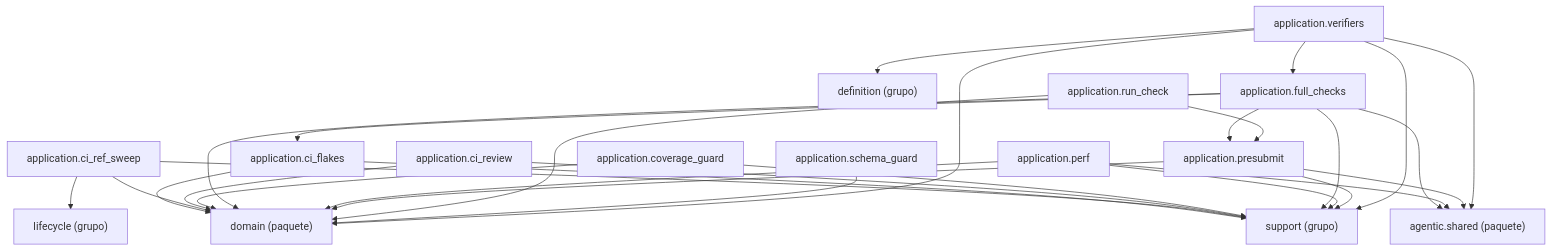
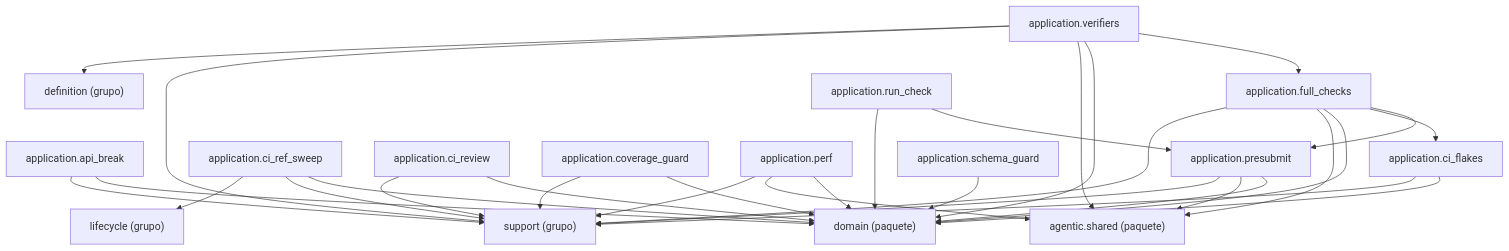
Before and after one commit to GonzaloZevallos/agentic-system: the diagram in docs/architecture/generated/packages-process-application-checks.md, drawn with Mermaid. The commit also changed other lines of this file and 15 other files, not shown here.

Commit message:
Place application.api_break in the checks cluster so the package pages stay within their cap

````diff
--- a/docs/architecture/generated/packages-process-application-checks.md
+++ b/docs/architecture/generated/packages-process-application-checks.md
@@ -17,46 +16,49 @@
 ```mermaid
 graph TD
     g_application__definition["definition (grupo)"]
     g_application__lifecycle["lifecycle (grupo)"]
     g_application__support["support (grupo)"]
     g_pkg__agentic__shared["agentic.shared (paquete)"]
     g_pkg__domain["domain (paquete)"]
+    m_application__api_break["application.api_break"]
     m_application__ci_flakes["application.ci_flakes"]
     m_application__ci_ref_sweep["application.ci_ref_sweep"]
     m_application__ci_review["application.ci_review"]
     m_application__coverage_guard["application.coverage_guard"]
     m_application__full_checks["application.full_checks"]
     m_application__perf["application.perf"]
     m_application__presubmit["application.presubmit"]
     m_application__run_check["application.run_check"]
     m_application__schema_guard["application.schema_guard"]
     m_application__verifiers["application.verifiers"]
+    m_application__api_break --> g_application__support
+    m_application__api_break --> g_pkg__domain
     m_application__ci_flakes --> g_application__support
     m_application__ci_flakes --> g_pkg__domain
     m_application__ci_ref_sweep --> g_application__lifecycle
     m_application__ci_ref_sweep --> g_application__support
     m_application__ci_ref_sweep --> g_pkg__domain
     m_application__ci_review --> g_application__support
     m_application__ci_review --> g_pkg__domain
     m_application__coverage_guard --> g_application__support
     m_application__coverage_guard --> g_pkg__domain
     m_application__full_checks --> g_application__support
     m_application__full_checks --> g_pkg__agentic__shared
     m_application__full_checks --> g_pkg__domain
     m_application__full_checks --> m_application__ci_flakes
     m_application__full_checks --> m_application__presubmit
     m_application__perf --> g_application__support
     m_application__perf --> g_pkg__agentic__shared
     m_application__perf --> g_pkg__domain
     m_application__presubmit --> g_application__support
     m_application__presubmit --> g_pkg__agentic__shared
     m_application__presubmit --> g_pkg__domain
     m_application__run_check --> g_pkg__domain
     m_application__run_check --> m_application__presubmit
     m_application__schema_guard --> g_pkg__domain
     m_application__verifiers --> g_application__definition
     m_application__verifiers --> g_application__support
     m_application__verifiers --> g_pkg__agentic__shared
     m_application__verifiers --> g_pkg__domain
     m_application__verifiers --> m_application__full_checks
 ```
````
